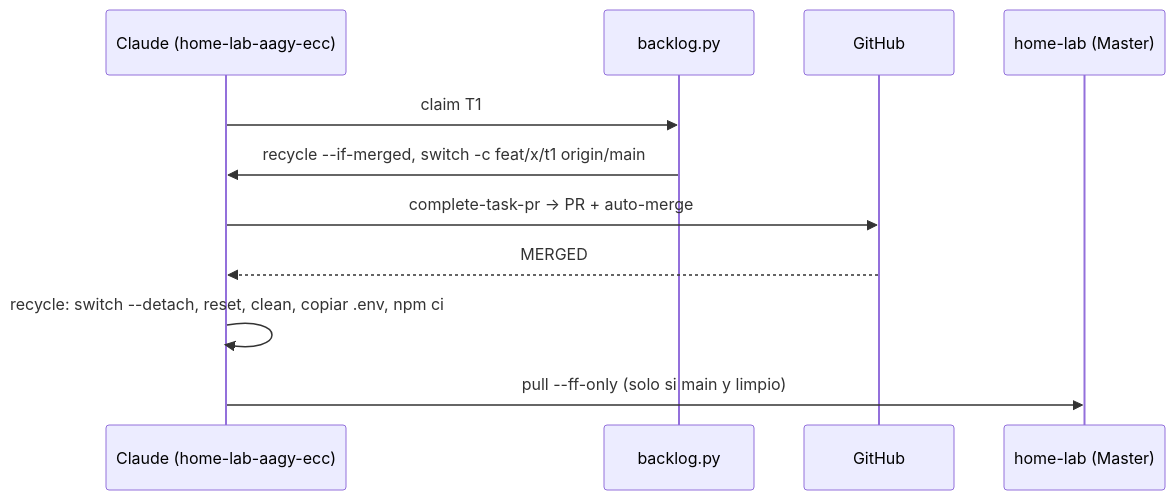
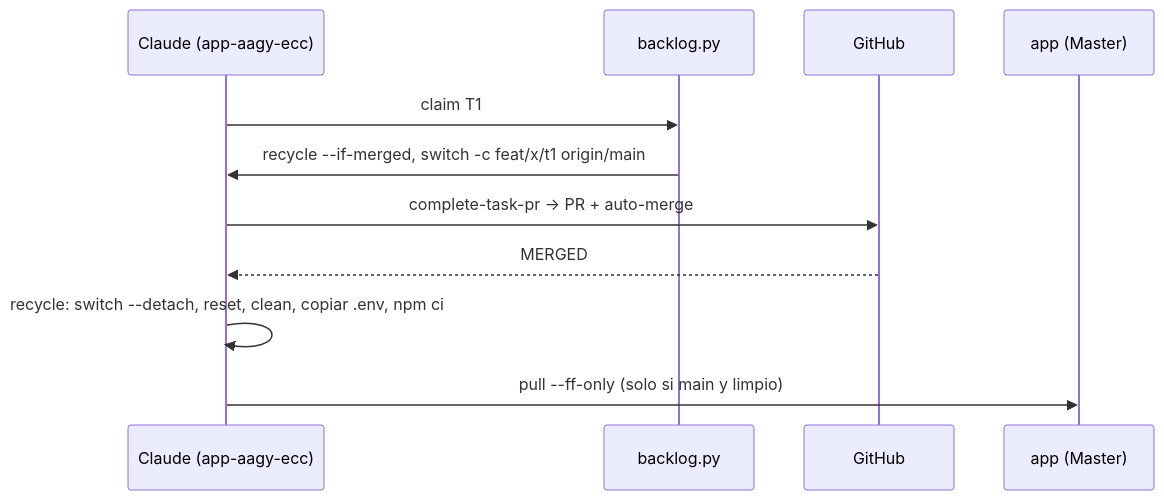
Before and after one commit to ACB75/aagy: the diagram in doc/06-backlog/plans/PLAN_aagy_agent_worktrees.md, drawn with Mermaid. The commit also changed other lines of this file and 137 other files, not shown here.

First line of the commit message:
[refactor]-[aagy,aagy-ecc,scripts,doc]: sacar del repo las referencias a proyectos consumidores (#121)

````diff
--- a/doc/06-backlog/plans/PLAN_aagy_agent_worktrees.md
+++ b/doc/06-backlog/plans/PLAN_aagy_agent_worktrees.md
@@ -132,13 +132,13 @@
 ```mermaid
 sequenceDiagram
-    participant C as Claude (home-lab-aagy-ecc)
+    participant C as Claude (app-aagy-ecc)
     participant B as backlog.py
     participant G as GitHub
-    participant M as home-lab (Master)
+    participant M as app (Master)
     C->>B: claim T1
     B->>C: recycle --if-merged, switch -c feat/x/t1 origin/main
     C->>G: complete-task-pr → PR + auto-merge
     G-->>C: MERGED
     C->>C: recycle: switch --detach, reset, clean, copiar .env, npm ci
     C->>M: pull --ff-only (solo si main y limpio)
 ```
````
